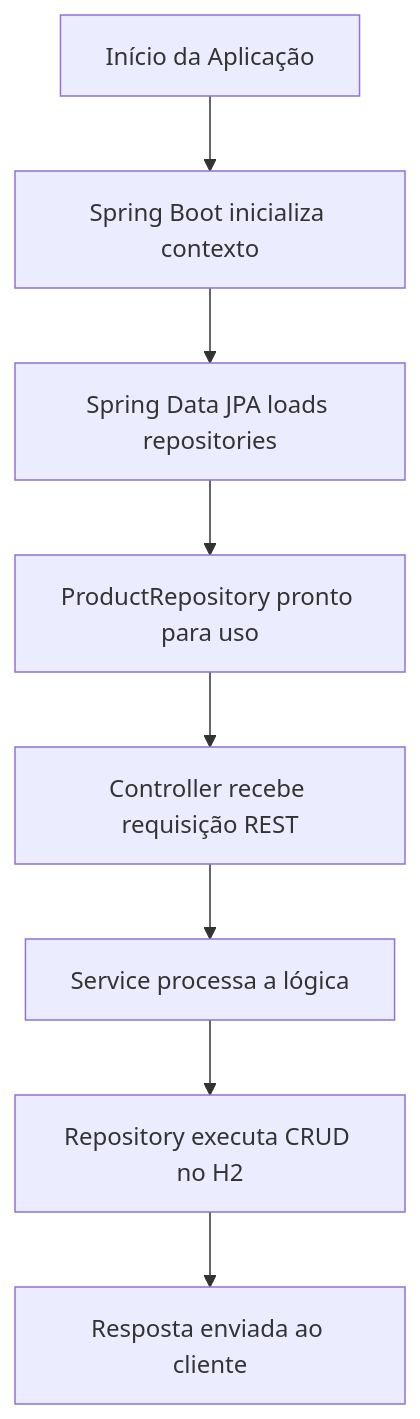
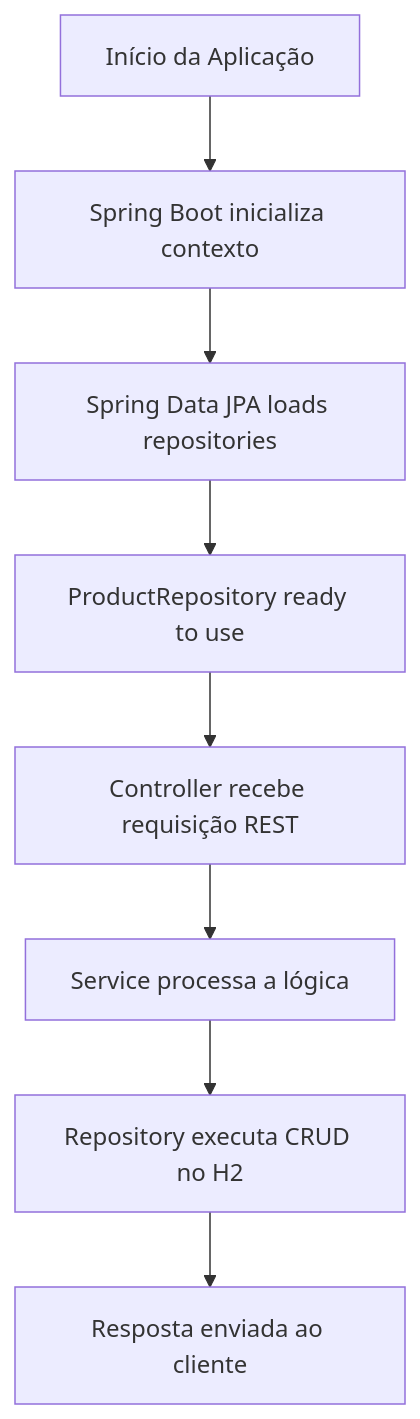
The diagram in README.md (KleberVales/spring-data-jpa-demo), drawn with Mermaid before and after one commit.

````diff
--- a/README.md
+++ b/README.md
@@ -92,10 +92,10 @@
 ```mermaid
 flowchart TD
     A[Início da Aplicação] --> B[Spring Boot inicializa contexto]
     B --> C[Spring Data JPA loads repositories]
-    C --> D[ProductRepository pronto para uso]
+    C --> D[ProductRepository ready to use]
     D --> E[Controller recebe requisição REST]
     E --> F[Service processa a lógica]
     F --> G[Repository executa CRUD no H2]
     G --> H[Resposta enviada ao cliente]
 ```
````
